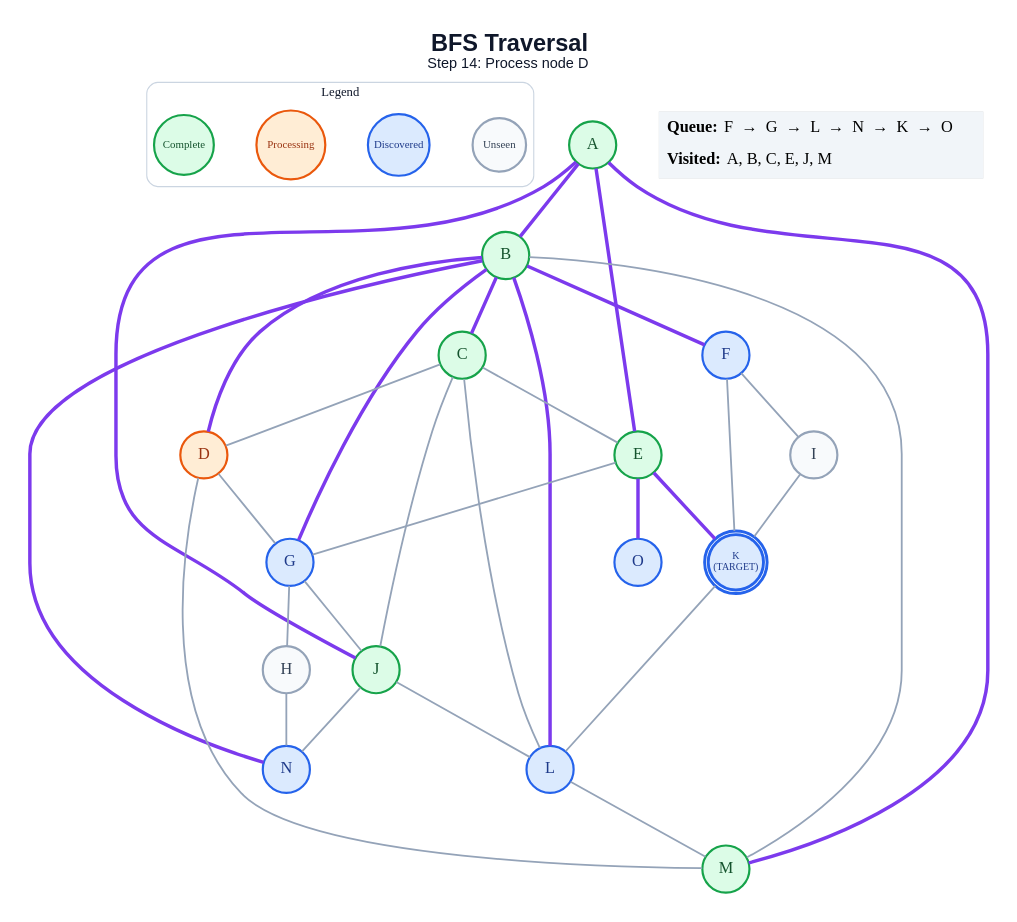
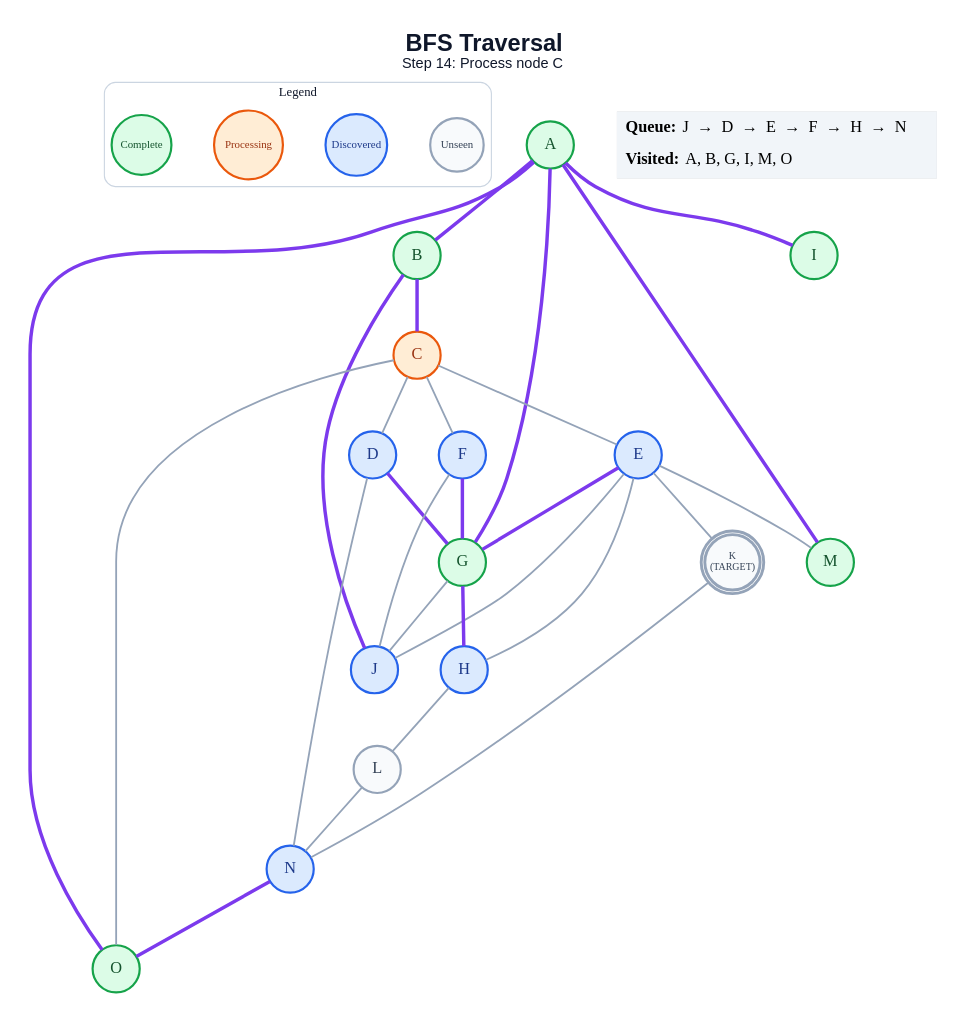
One commit to anon7238593-create/ai-slop changed the diagram in generated/specific-node/bfs/step_14.dot. Above: the diagram before and after it, drawn with Graphviz. The commit also changed 252 other files, not shown here.

```diff
--- a/generated/specific-node/bfs/step_14.dot
+++ b/generated/specific-node/bfs/step_14.dot
@@ -1,64 +1,60 @@
 graph traversal {
   graph [layout=dot, rankdir=TB, bgcolor="#FFFFFF", pad="0.35", nodesep="0.65", ranksep="0.8", fontname="Arial"];
   node [shape=circle, style="filled", fontname="Arial Bold", fontsize=18, width=0.72, fixedsize=true, penwidth=2.4];
   edge [color="#94A3B8", penwidth=2.0];
-  label=<<B>BFS Traversal</B><BR/><FONT POINT-SIZE="16">Step 14: Process node D</FONT>>; labelloc="t"; fontsize=26; fontname="Arial"; fontcolor="#0F172A";
+  label=<<B>BFS Traversal</B><BR/><FONT POINT-SIZE="16">Step 14: Process node C</FONT>>; labelloc="t"; fontsize=26; fontname="Arial"; fontcolor="#0F172A";
   subgraph cluster_legend { label="Legend"; color="#CBD5E1"; penwidth=1.2; style="rounded"; fontsize=14; fontname="Arial Bold";
     key_unseen [label="Unseen", fillcolor="#F8FAFC", color="#94A3B8", fontcolor="#334155", fontsize=12, width=0.82];
     key_frontier [label="Discovered", fillcolor="#DBEAFE", color="#2563EB", fontcolor="#1E3A8A", fontsize=12, width=0.95];
     key_current [label="Processing", fillcolor="#FFEDD5", color="#EA580C", fontcolor="#9A3412", fontsize=12, width=1.05];
     key_done [label="Complete", fillcolor="#DCFCE7", color="#16A34A", fontcolor="#14532D", fontsize=12, width=0.92];
     { rank=same; key_unseen; key_frontier; key_current; key_done; }
   }
   A [label="A", fillcolor="#DCFCE7", color="#16A34A", fontcolor="#14532D", peripheries=1, penwidth=2.4];
   B [label="B", fillcolor="#DCFCE7", color="#16A34A", fontcolor="#14532D", peripheries=1, penwidth=2.4];
-  C [label="C", fillcolor="#DCFCE7", color="#16A34A", fontcolor="#14532D", peripheries=1, penwidth=2.4];
-  D [label="D", fillcolor="#FFEDD5", color="#EA580C", fontcolor="#9A3412", peripheries=1, penwidth=2.4];
-  E [label="E", fillcolor="#DCFCE7", color="#16A34A", fontcolor="#14532D", peripheries=1, penwidth=2.4];
+  C [label="C", fillcolor="#FFEDD5", color="#EA580C", fontcolor="#9A3412", peripheries=1, penwidth=2.4];
+  D [label="D", fillcolor="#DBEAFE", color="#2563EB", fontcolor="#1E3A8A", peripheries=1, penwidth=2.4];
+  E [label="E", fillcolor="#DBEAFE", color="#2563EB", fontcolor="#1E3A8A", peripheries=1, penwidth=2.4];
   F [label="F", fillcolor="#DBEAFE", color="#2563EB", fontcolor="#1E3A8A", peripheries=1, penwidth=2.4];
-  G [label="G", fillcolor="#DBEAFE", color="#2563EB", fontcolor="#1E3A8A", peripheries=1, penwidth=2.4];
-  H [label="H", fillcolor="#F8FAFC", color="#94A3B8", fontcolor="#334155", peripheries=1, penwidth=2.4];
-  I [label="I", fillcolor="#F8FAFC", color="#94A3B8", fontcolor="#334155", peripheries=1, penwidth=2.4];
-  J [label="J", fillcolor="#DCFCE7", color="#16A34A", fontcolor="#14532D", peripheries=1, penwidth=2.4];
-  K [label="K\n(TARGET)", fillcolor="#DBEAFE", color="#2563EB", fontcolor="#1E3A8A", peripheries=2, penwidth=3.2, fontsize=11, width=0.85, height=0.85];
-  L [label="L", fillcolor="#DBEAFE", color="#2563EB", fontcolor="#1E3A8A", peripheries=1, penwidth=2.4];
+  G [label="G", fillcolor="#DCFCE7", color="#16A34A", fontcolor="#14532D", peripheries=1, penwidth=2.4];
+  H [label="H", fillcolor="#DBEAFE", color="#2563EB", fontcolor="#1E3A8A", peripheries=1, penwidth=2.4];
+  I [label="I", fillcolor="#DCFCE7", color="#16A34A", fontcolor="#14532D", peripheries=1, penwidth=2.4];
+  J [label="J", fillcolor="#DBEAFE", color="#2563EB", fontcolor="#1E3A8A", peripheries=1, penwidth=2.4];
+  K [label="K\n(TARGET)", fillcolor="#F8FAFC", color="#94A3B8", fontcolor="#334155", peripheries=2, penwidth=3.2, fontsize=11, width=0.85, height=0.85];
+  L [label="L", fillcolor="#F8FAFC", color="#94A3B8", fontcolor="#334155", peripheries=1, penwidth=2.4];
   M [label="M", fillcolor="#DCFCE7", color="#16A34A", fontcolor="#14532D", peripheries=1, penwidth=2.4];
   N [label="N", fillcolor="#DBEAFE", color="#2563EB", fontcolor="#1E3A8A", peripheries=1, penwidth=2.4];
-  O [label="O", fillcolor="#DBEAFE", color="#2563EB", fontcolor="#1E3A8A", peripheries=1, penwidth=2.4];
+  O [label="O", fillcolor="#DCFCE7", color="#16A34A", fontcolor="#14532D", peripheries=1, penwidth=2.4];
   A -- B [color="#7C3AED", penwidth=3.8];
-  A -- E [color="#7C3AED", penwidth=3.8];
-  A -- J [color="#7C3AED", penwidth=3.8];
+  A -- G [color="#7C3AED", penwidth=3.8];
+  A -- I [color="#7C3AED", penwidth=3.8];
   A -- M [color="#7C3AED", penwidth=3.8];
+  A -- O [color="#7C3AED", penwidth=3.8];
   B -- C [color="#7C3AED", penwidth=3.8];
-  B -- D [color="#7C3AED", penwidth=3.8];
-  B -- F [color="#7C3AED", penwidth=3.8];
-  B -- G [color="#7C3AED", penwidth=3.8];
-  B -- L [color="#7C3AED", penwidth=3.8];
-  B -- M;
-  B -- N [color="#7C3AED", penwidth=3.8];
+  B -- J [color="#7C3AED", penwidth=3.8];
   C -- D;
   C -- E;
-  C -- J;
-  C -- L;
-  D -- G;
-  D -- M;
-  E -- G;
-  E -- K [color="#7C3AED", penwidth=3.8];
-  E -- O [color="#7C3AED", penwidth=3.8];
-  F -- I;
-  F -- K;
-  G -- H;
+  C -- F;
+  C -- O;
+  D -- G [color="#7C3AED", penwidth=3.8];
+  D -- N;
+  E -- G [color="#7C3AED", penwidth=3.8];
+  E -- H;
+  E -- J;
+  E -- K;
+  E -- M;
+  F -- G [color="#7C3AED", penwidth=3.8];
+  F -- J;
+  G -- H [color="#7C3AED", penwidth=3.8];
   G -- J;
-  H -- N;
-  I -- K;
-  J -- L;
-  J -- N;
-  K -- L;
-  L -- M;
+  H -- L;
+  K -- N;
+  L -- N;
+  N -- O [color="#7C3AED", penwidth=3.8];
   status [shape=plain, fixedsize=false, width=0, height=0, margin=0, label=<
     <TABLE BORDER="0" CELLBORDER="0" CELLPADDING="7" BGCOLOR="#F1F5F9">
-      <TR><TD ALIGN="LEFT"><B>Queue:</B> F  →  G  →  L  →  N  →  K  →  O</TD></TR>
-      <TR><TD ALIGN="LEFT"><B>Visited:</B> A, B, C, E, J, M</TD></TR>
+      <TR><TD ALIGN="LEFT"><B>Queue:</B> J  →  D  →  E  →  F  →  H  →  N</TD></TR>
+      <TR><TD ALIGN="LEFT"><B>Visited:</B> A, B, G, I, M, O</TD></TR>
     </TABLE>
   >];
 }
```
